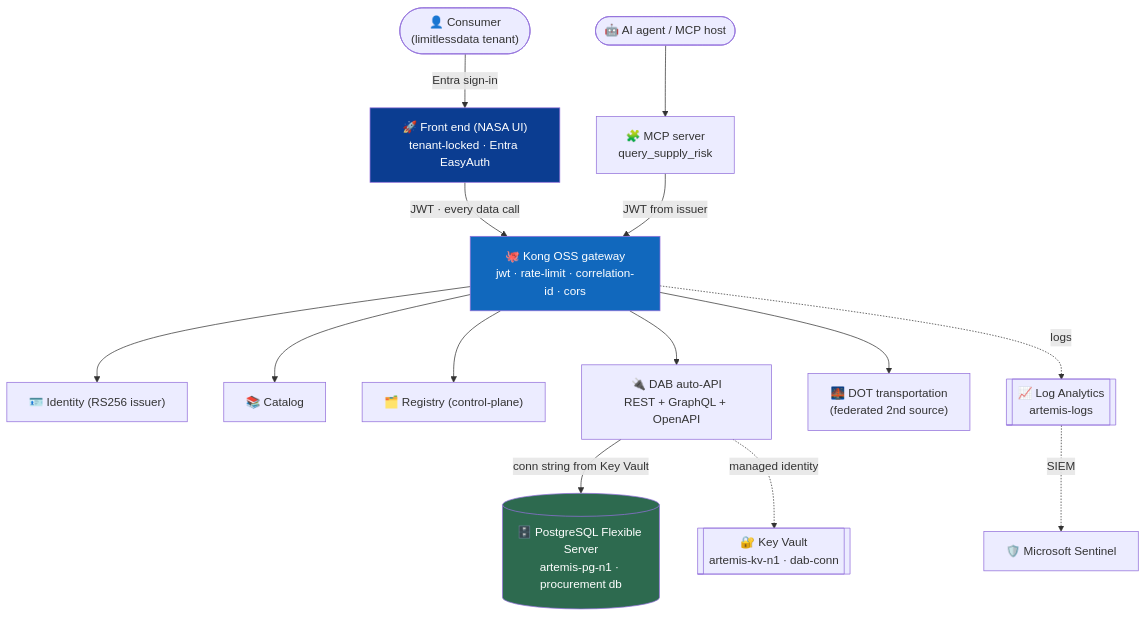
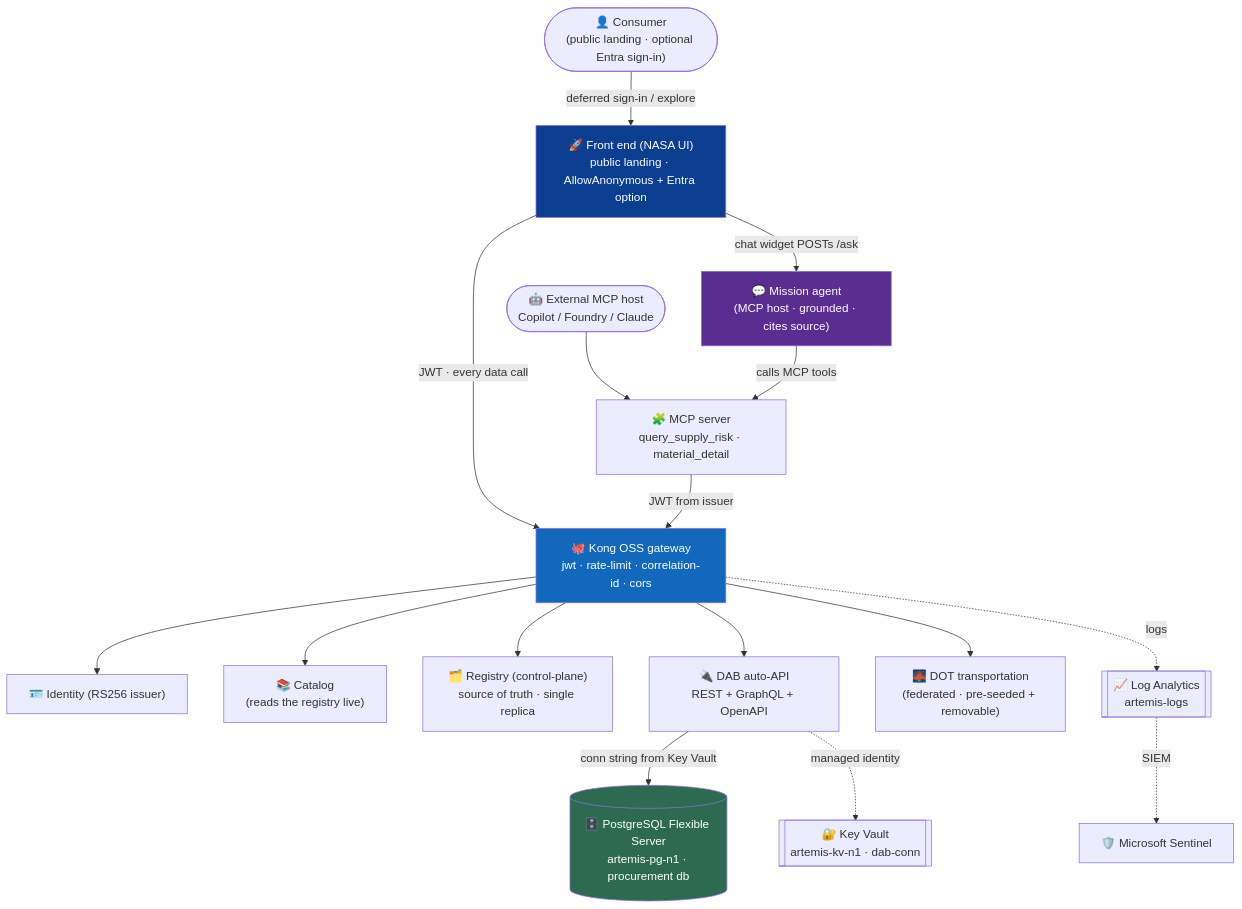
One commit to fgarofalo56/nasa-api-first-poc changed the first of 4 diagrams in docs/AZURE-LIVE-DEPLOYMENT.md. Above: the diagram before and after it, drawn with Mermaid. The commit also changed other lines of this file and 13 other files, not shown here.

First line of the commit message:
docs: sync the manual to the agent, landing page, drill-down + live add/remove (#18)

````diff
--- a/docs/AZURE-LIVE-DEPLOYMENT.md
+++ b/docs/AZURE-LIVE-DEPLOYMENT.md
@@ -93,19 +99,22 @@
 ```mermaid
 flowchart TD
-    User(["👤 Consumer<br/>(limitlessdata tenant)"]) -->|Entra sign-in| UI["🚀 Front end (NASA UI)<br/>tenant-locked · Entra EasyAuth"]
-    Agent(["🤖 AI agent / MCP host"]) --> MCP["🧩 MCP server<br/>query_supply_risk"]
+    User(["👤 Consumer<br/>(public landing · optional Entra sign-in)"]) -->|deferred sign-in / explore| UI["🚀 Front end (NASA UI)<br/>public landing · AllowAnonymous + Entra option"]
+    UI -->|chat widget POSTs /ask| AG["💬 Mission agent<br/>(MCP host · grounded · cites source)"]
+    Ext(["🤖 External MCP host<br/>Copilot / Foundry / Claude"]) --> MCP["🧩 MCP server<br/>query_supply_risk · material_detail"]
+    AG -->|calls MCP tools| MCP
     UI -->|JWT · every data call| Kong["🐙 Kong OSS gateway<br/>jwt · rate-limit · correlation-id · cors"]
     MCP -->|JWT from issuer| Kong
     Kong --> ID["🪪 Identity (RS256 issuer)"]
-    Kong --> Cat["📚 Catalog"]
-    Kong --> Reg["🗂️ Registry (control-plane)"]
+    Kong --> Cat["📚 Catalog<br/>(reads the registry live)"]
+    Kong --> Reg["🗂️ Registry (control-plane)<br/>source of truth · single replica"]
     Kong --> DAB["🔌 DAB auto-API<br/>REST + GraphQL + OpenAPI"]
-    Kong --> DOT["🌉 DOT transportation<br/>(federated 2nd source)"]
+    Kong --> DOT["🌉 DOT transportation<br/>(federated · pre-seeded + removable)"]
     DAB -->|conn string from Key Vault| PG[("🗄️ PostgreSQL Flexible Server<br/>artemis-pg-n1 · procurement db")]
     DAB -. managed identity .-> KV[["🔐 Key Vault<br/>artemis-kv-n1 · dab-conn"]]
     Kong -. logs .-> LA[["📈 Log Analytics<br/>artemis-logs"]]
     LA -. SIEM .-> SENT["🛡️ Microsoft Sentinel"]
     style UI fill:#0b3d91,color:#fff
+    style AG fill:#5a2d91,color:#fff
     style Kong fill:#1168bd,color:#fff
     style PG fill:#2d6a4f,color:#fff
 ```
````
